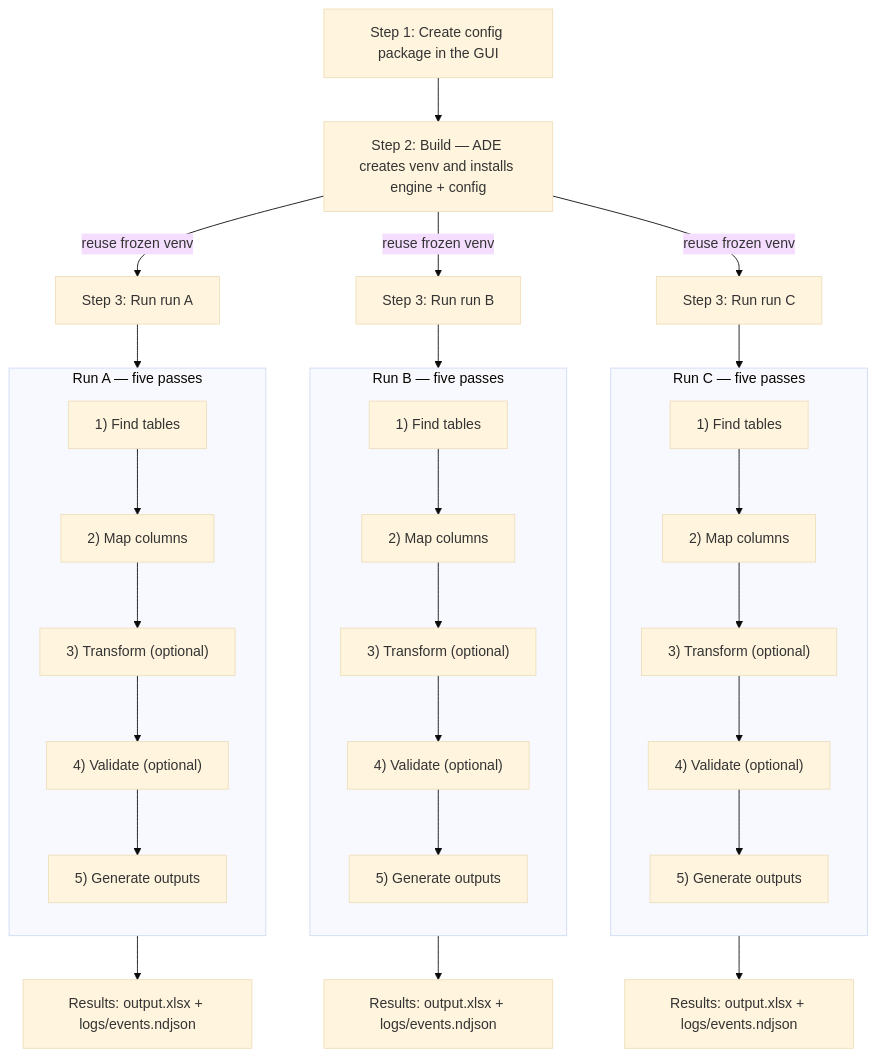
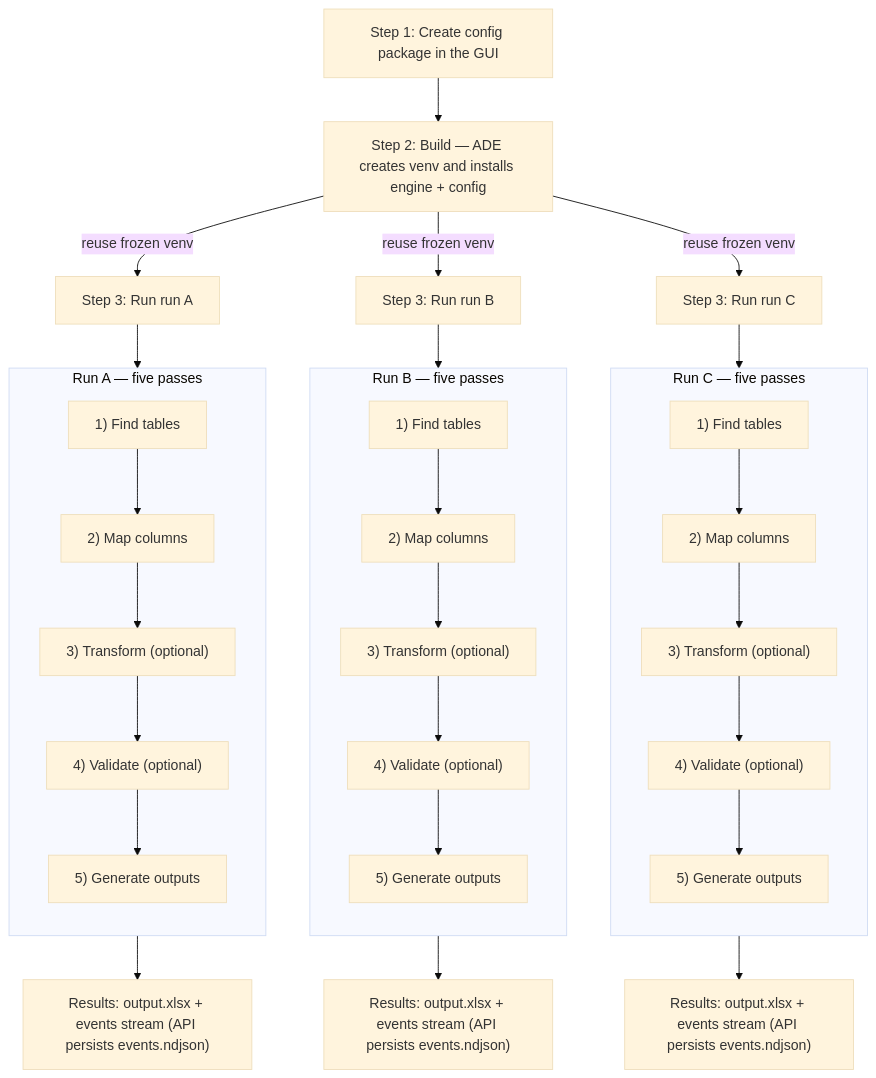
Before and after one commit to clac-ca/automatic-data-extractor: the diagram in docs/developers/README.md, drawn with Mermaid (base theme). The commit also changed 90 other files, not shown here.

````diff
--- a/docs/developers/README.md
+++ b/docs/developers/README.md
@@ -97,38 +97,38 @@
 ```mermaid
 flowchart TD
     S1["Step 1: Create config package in the GUI"] --> S2["Step 2: Build — ADE creates venv and installs engine + config"]
 
     %% Run A
     S2 -->|reuse frozen venv| J1["Step 3: Run run A"]
     subgraph Run_A["Run A — five passes"]
         direction TB
         A1["1) Find tables"]
         A2["2) Map columns"]
         A3["3) Transform (optional)"]
         A4["4) Validate (optional)"]
         A5["5) Generate outputs"]
         A1 --> A2 --> A3 --> A4 --> A5
     end
     J1 --> A1
-    A5 --> R1["Results: output.xlsx + logs/events.ndjson"]
+    A5 --> R1["Results: output.xlsx + events stream (API persists events.ndjson)"]
 
     %% Run B
     S2 -->|reuse frozen venv| J2["Step 3: Run run B"]
     subgraph Run_B["Run B — five passes"]
         direction TB
         B1["1) Find tables"] --> B2["2) Map columns"] --> B3["3) Transform (optional)"]
         B3 --> B4["4) Validate (optional)"] --> B5["5) Generate outputs"]
     end
     J2 --> B1
-    B5 --> R2["Results: output.xlsx + logs/events.ndjson"]
+    B5 --> R2["Results: output.xlsx + events stream (API persists events.ndjson)"]
 
     %% Run C
     S2 -->|reuse frozen venv| J3["Step 3: Run run C"]
     subgraph Run_C["Run C — five passes"]
         direction TB
         C1["1) Find tables"] --> C2["2) Map columns"] --> C3["3) Transform (optional)"]
         C3 --> C4["4) Validate (optional)"] --> C5["5) Generate outputs"]
     end
     J3 --> C1
-    C5 --> R3["Results: output.xlsx + logs/events.ndjson"]
+    C5 --> R3["Results: output.xlsx + events stream (API persists events.ndjson)"]
 ```
````
